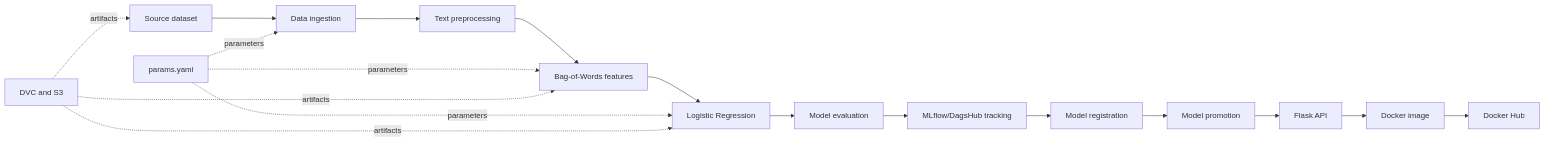
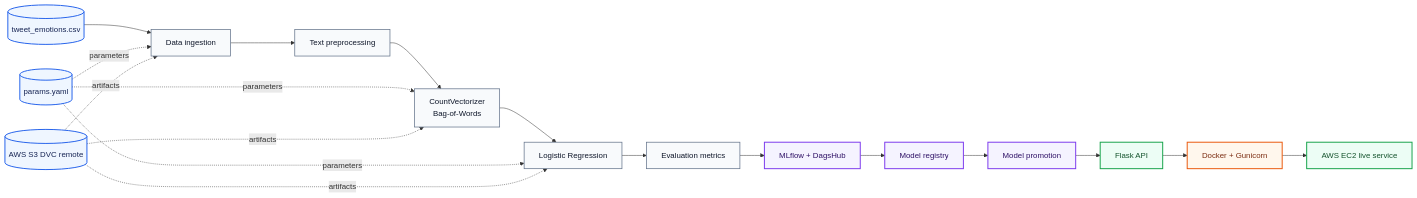
One commit to Div7anshKushwaha/Emotion-Detection-MLOps changed the first of 2 diagrams in README.md. Above: the diagram before and after it, drawn with Mermaid. The commit also changed other lines of this file, not shown here.

````diff
--- a/README.md
+++ b/README.md
@@ -66,21 +91,28 @@
 ```mermaid
 flowchart LR
-    A[Source dataset] --> B[Data ingestion]
-    B --> C[Text preprocessing]
-    C --> D[Bag-of-Words features]
-    D --> E[Logistic Regression]
-    E --> F[Model evaluation]
-    F --> G[MLflow/DagsHub tracking]
-    G --> H[Model registration]
-    H --> I[Model promotion]
-    I --> J[Flask API]
-    J --> K[Docker image]
-    K --> L[Docker Hub]
+    classDef source fill:#eff6ff,stroke:#2563eb,color:#172554,stroke-width:2px;
+    classDef process fill:#f8fafc,stroke:#64748b,color:#0f172a,stroke-width:1.5px;
+    classDef tracking fill:#f5f3ff,stroke:#7c3aed,color:#2e1065,stroke-width:2px;
+    classDef serving fill:#ecfdf5,stroke:#16a34a,color:#14532d,stroke-width:2px;
+    classDef delivery fill:#fff7ed,stroke:#ea580c,color:#7c2d12,stroke-width:2px;
 
-    P[params.yaml] -. parameters .-> B
+    A[(tweet_emotions.csv )]:::source --> B[Data ingestion]:::process
+    B --> C[Text preprocessing]:::process
+    C --> D[CountVectorizer  
+Bag-of-Words]:::process
+    D --> E[Logistic Regression]:::process
+    E --> F[Evaluation metrics]:::process
+    F --> G[MLflow + DagsHub]:::tracking
+    G --> H[Model registry]:::tracking
+    H --> I[Model promotion]:::tracking
+    I --> J[Flask API]:::serving
+    J --> K[Docker + Gunicorn]:::delivery
+    K --> L[AWS EC2 live service]:::serving
+
+    P[(params.yaml)]:::source -. parameters .-> B
     P -. parameters .-> D
     P -. parameters .-> E
-    R[DVC and S3] -. artifacts .-> A
-    R -. artifacts .-> D
-    R -. artifacts .-> E
+    S[(AWS S3 DVC remote)]:::source -. artifacts .-> B
+    S -. artifacts .-> D
+    S -. artifacts .-> E
 ```
````
